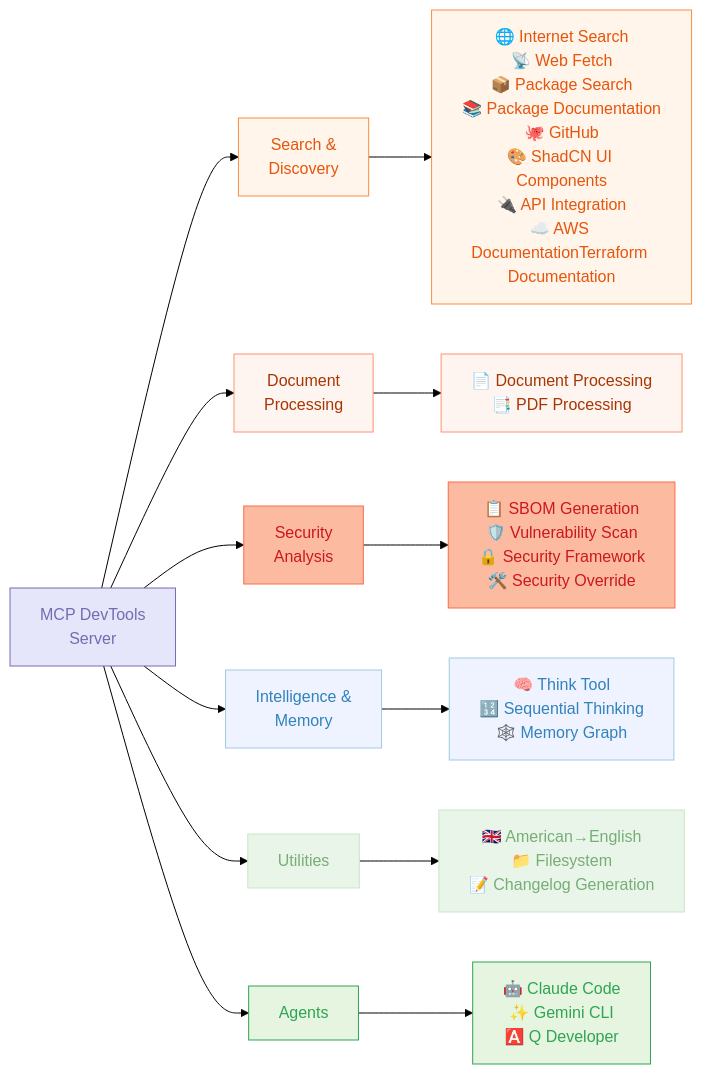
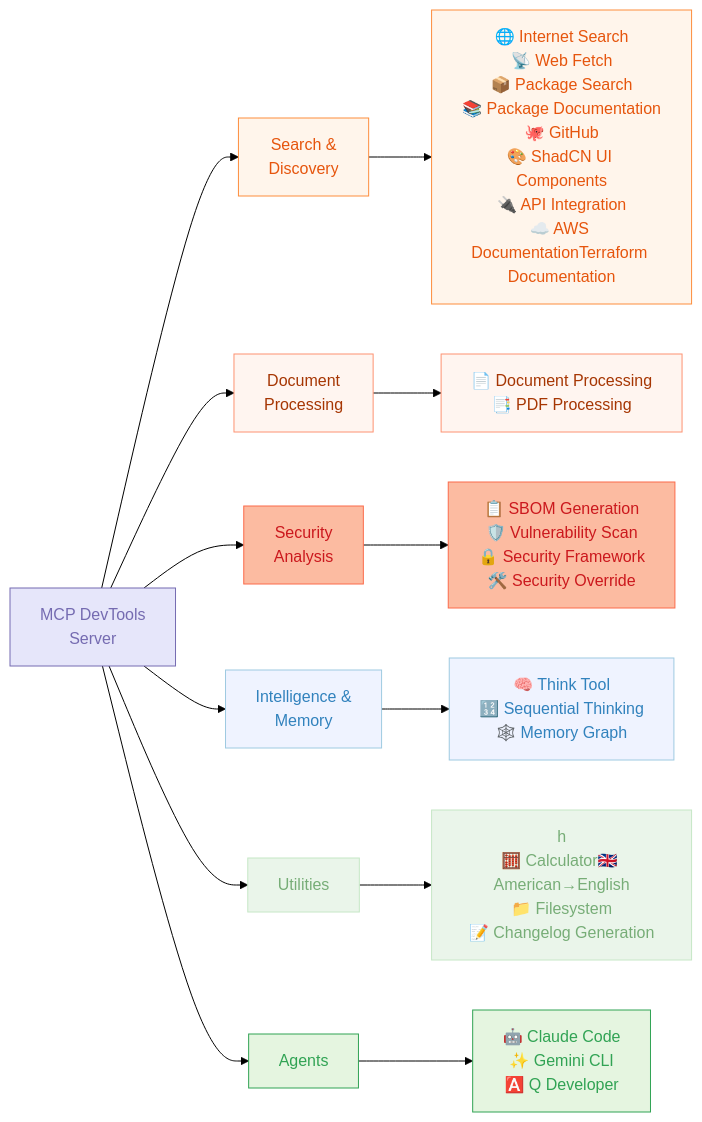
The diagram in README.md (sammcj/mcp-devtools), drawn with Mermaid (forest theme) before and after one commit. The commit also changed other lines of this file and 5 other files, not shown here.

````diff
--- a/README.md
+++ b/README.md
@@ -5,42 +5,42 @@
 ```mermaid
 graph LR
     A[MCP DevTools<br>Server]
 
     A --> B[Search &<br>Discovery]
     A --> C[Document<br>Processing]
     A --> D[Security<br>Analysis]
     A --> E[Intelligence &<br>Memory]
     A --> F[Utilities]
     A --> G[Agents]
 
     B --> B_Tools[🌐 Internet Search<br>📡 Web Fetch<br>📦 Package Search<br>📚 Package Documentation<br>🐙 GitHub<br>🎨 ShadCN UI Components<br>🔌 API Integration<br>☁️ AWS Documentation<br📝>Terraform Documentation]
 
     C --> C_Tools[📄 Document Processing<br>📑 PDF Processing]
 
     D --> D_Tools[📋 SBOM Generation<br>🛡️ Vulnerability Scan<br>🔒 Security Framework<br>🛠️ Security Override]
 
     E --> E_Tools[🧠 Think Tool<br>🔢 Sequential Thinking<br>🕸️ Memory Graph]
 
-    F --> F_Tools[🇬🇧 American→English<br>📁 Filesystem<br>📝 Changelog Generation]
+    F --> F_Tools[h<br>🧮 Calculator🇬🇧 American→English<br>📁 Filesystem<br>📝 Changelog Generation]
 
     G --> G_Tools[🤖 Claude Code<br>✨ Gemini CLI<br>🅰️ Q Developer]
 
     classDef inputOutput fill:#FEE0D2,stroke:#E6550D,color:#E6550D
     classDef llm fill:#E5F5E0,stroke:#31A354,color:#31A354
     classDef components fill:#E6E6FA,stroke:#756BB1,color:#756BB1
     classDef process fill:#EAF5EA,stroke:#C6E7C6,color:#77AD77
     classDef stop fill:#E5E1F2,stroke:#C7C0DE,color:#8471BF
     classDef data fill:#EFF3FF,stroke:#9ECAE1,color:#3182BD
     classDef decision fill:#FFF5EB,stroke:#FD8D3C,color:#E6550D
     classDef storage fill:#F2F0F7,stroke:#BCBDDC,color:#756BB1
     classDef api fill:#FFF5F0,stroke:#FD9272,color:#A63603
     classDef error fill:#FCBBA1,stroke:#FB6A4A,color:#CB181D
 
     class A components
     class B,B_Tools decision
     class C,C_Tools api
     class D,D_Tools error
     class E,E_Tools data
     class F,F_Tools process
     class G,G_Tools llm
 ```
````
